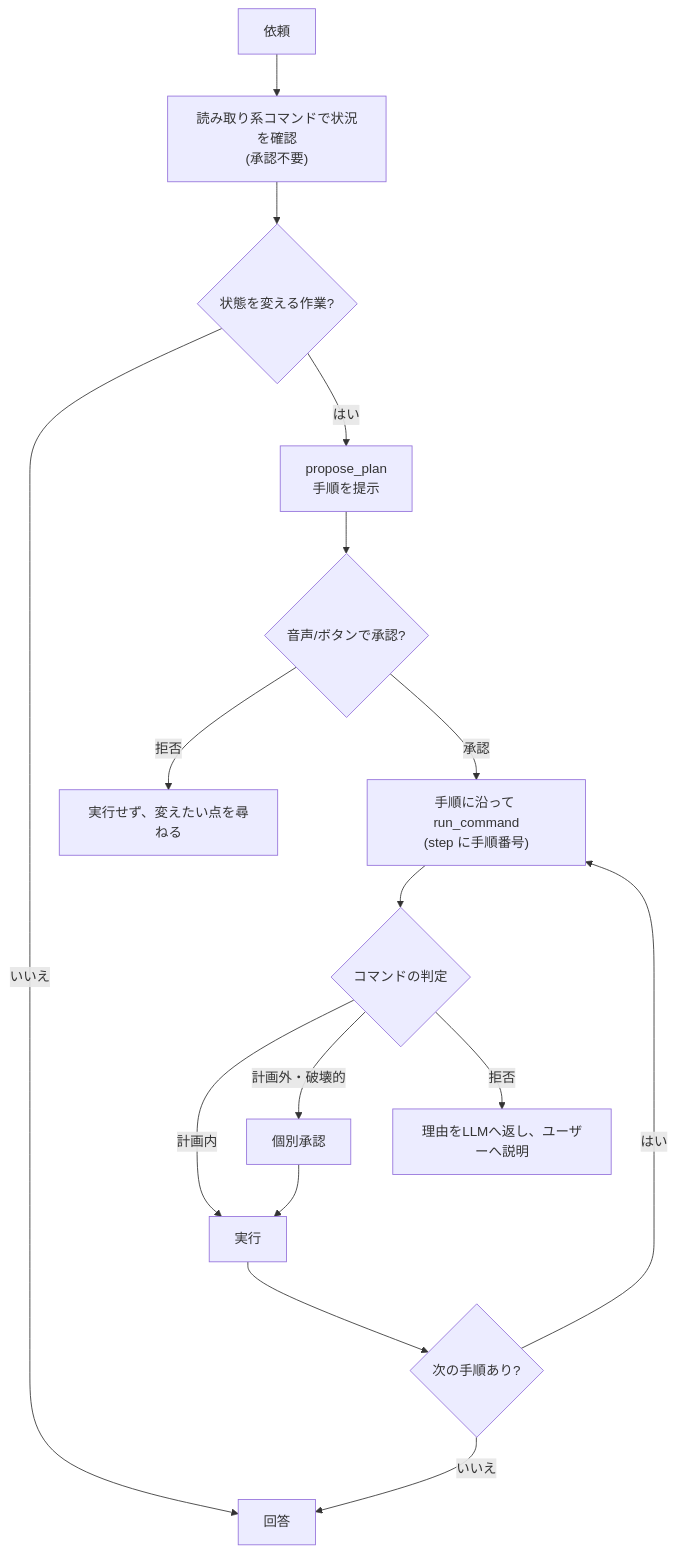
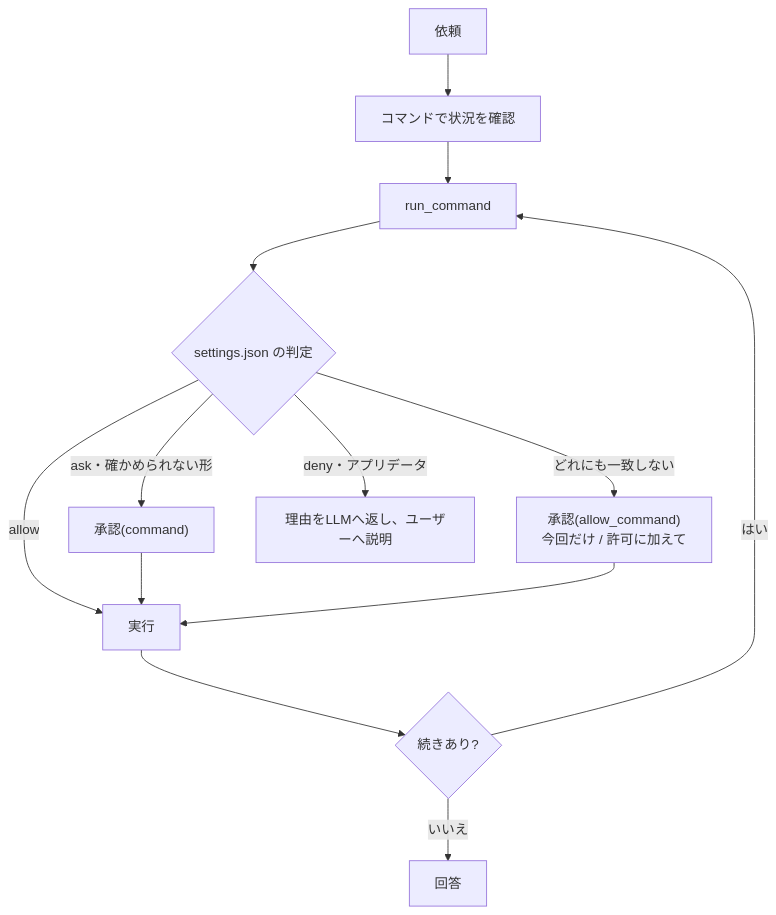
The diagram in docs/agent-command-tasks.md (long-in/MyAssistant), drawn with Mermaid before and after one commit. The commit also changed other lines of this file and 41 other files, not shown here.

First line of the commit message:
feat: API 方式の権限を settings.json 形式へ作り直す

````diff
--- a/docs/agent-command-tasks.md
+++ b/docs/agent-command-tasks.md
@@ -9,17 +9,13 @@
 ```mermaid
 flowchart TD
-  R["依頼"] --> S["読み取り系コマンドで状況を確認<br/>(承認不要)"]
-  S --> Q{"状態を変える作業?"}
-  Q -- いいえ --> A["回答"]
-  Q -- はい --> P["propose_plan<br/>手順を提示"]
-  P --> V{"音声/ボタンで承認?"}
-  V -- 拒否 --> X["実行せず、変えたい点を尋ねる"]
-  V -- 承認 --> C["手順に沿って run_command<br/>(step に手順番号)"]
-  C --> J{"コマンドの判定"}
-  J -- "計画内" --> E["実行"]
-  J -- "計画外・破壊的" --> I["個別承認"] --> E
-  J -- "拒否" --> D["理由をLLMへ返し、ユーザーへ説明"]
-  E --> N{"次の手順あり?"}
+  R["依頼"] --> S["コマンドで状況を確認"]
+  S --> C["run_command"]
+  C --> J{"settings.json の判定"}
+  J -- "allow" --> E["実行"]
+  J -- "ask・確かめられない形" --> I["承認(command)"] --> E
+  J -- "どれにも一致しない" --> U["承認(allow_command)<br/>今回だけ / 許可に加えて"] --> E
+  J -- "deny・アプリデータ" --> D["理由をLLMへ返し、ユーザーへ説明"]
+  E --> N{"続きあり?"}
   N -- はい --> C
-  N -- いいえ --> A
+  N -- いいえ --> A["回答"]
 ```
````
